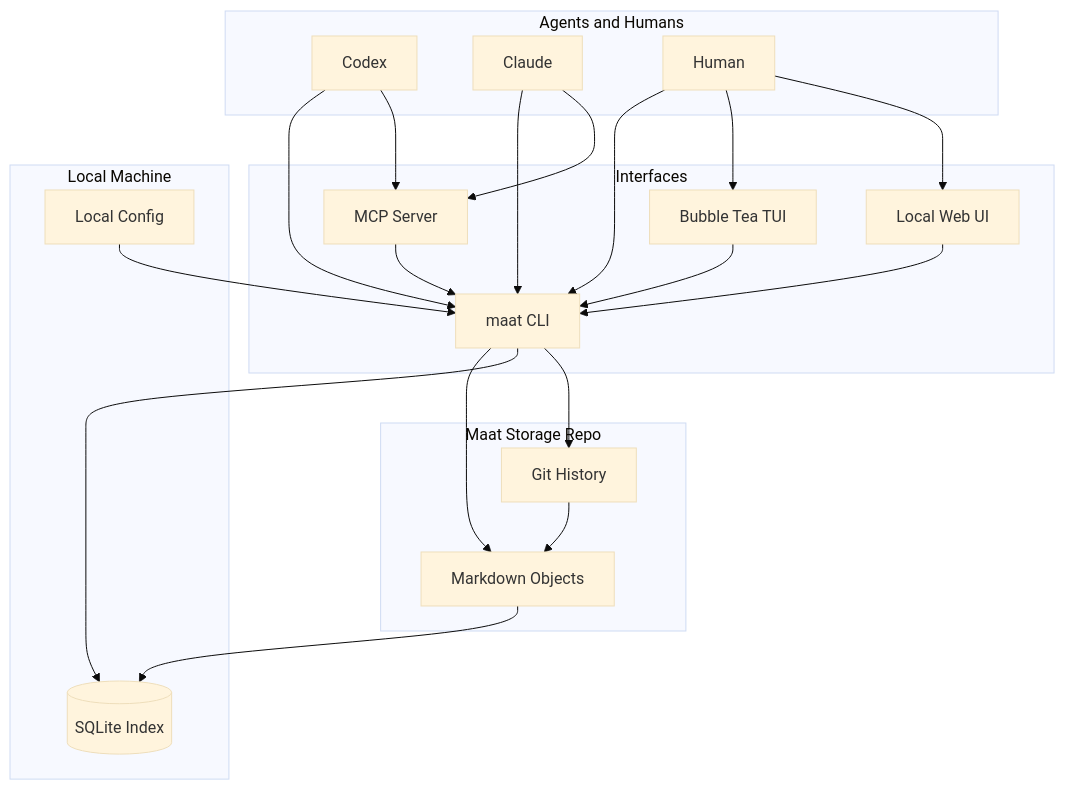
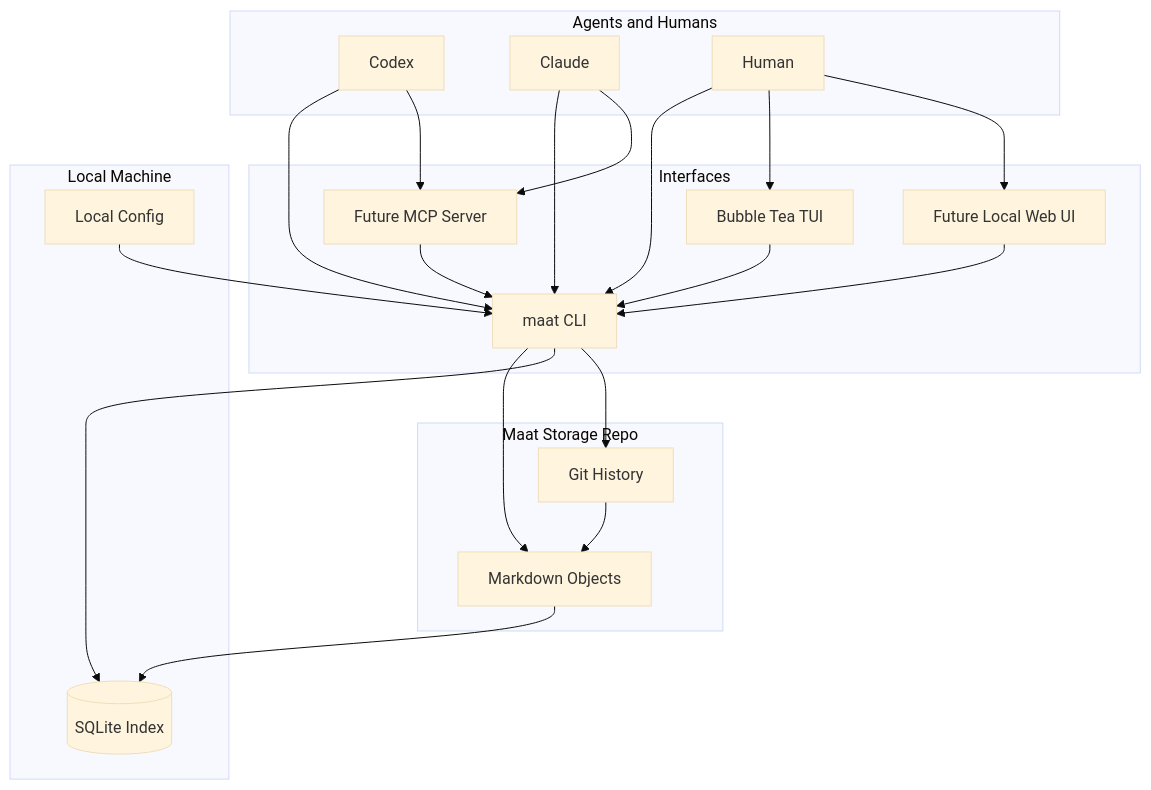
Before and after one commit to sunday-studio/maat: the diagram in docs/architecture.md, drawn with Mermaid (base theme). The commit also changed other lines of this file and 13 other files, not shown here.

````diff
--- a/docs/architecture.md
+++ b/docs/architecture.md
@@ -33,43 +33,43 @@
 ```mermaid
 flowchart TD
     subgraph agents [Agents and Humans]
         A1[Codex]
         A2[Claude]
         H[Human]
     end
 
     subgraph interfaces [Interfaces]
         CLI[maat CLI]
         TUI[Bubble Tea TUI]
-        WEB[Local Web UI]
-        MCP[MCP Server]
+        WEB[Future Local Web UI]
+        MCP[Future MCP Server]
     end
 
     subgraph local [Local Machine]
         IDX[(SQLite Index)]
         CFG[Local Config]
     end
 
     subgraph store [Maat Storage Repo]
         MD[Markdown Objects]
         GIT[Git History]
     end
 
     A1 --> CLI
     A2 --> CLI
     A1 --> MCP
     A2 --> MCP
     H --> CLI
     H --> TUI
     H --> WEB
 
     CLI --> MD
     TUI --> CLI
     WEB --> CLI
     MCP --> CLI
     CLI --> IDX
     CLI --> GIT
     CFG --> CLI
     MD --> IDX
     GIT --> MD
 ```
````
